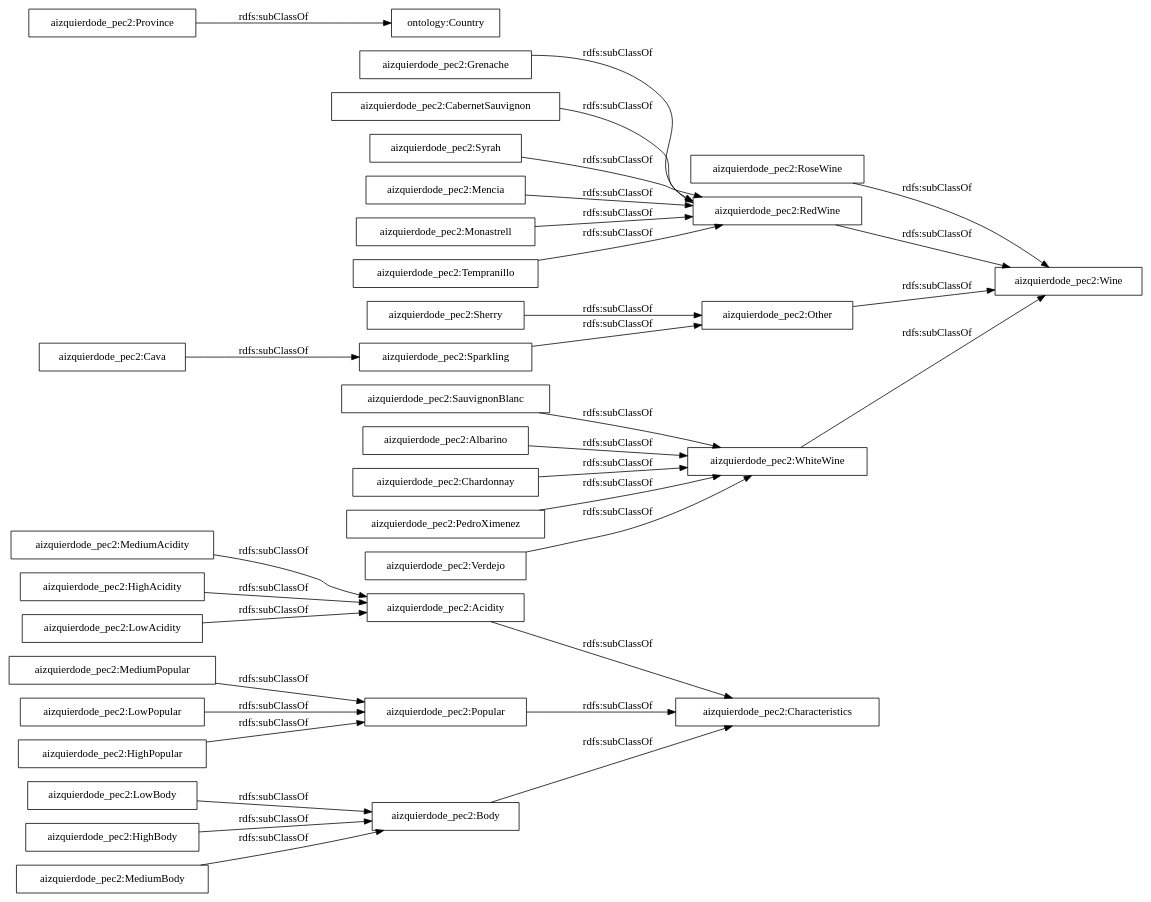
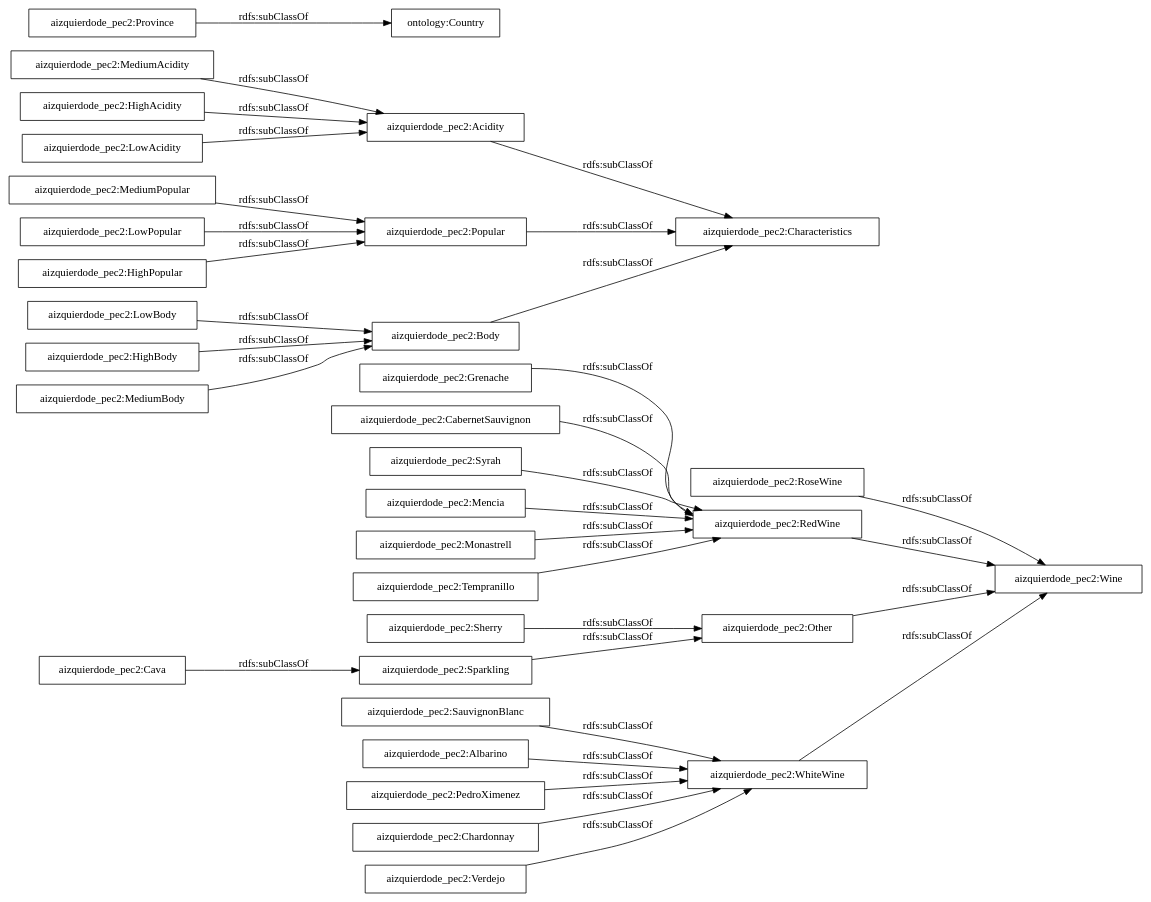
Before and after one commit to aizquierdode/PEC2: the diagram in OnToology/PEC2.rdf/diagrams/ar2dtool-taxonomy/PEC2.rdf.png.dot, drawn with Graphviz. The commit also changed 11 other files, not shown here.

```diff
--- a/OnToology/PEC2.rdf/diagrams/ar2dtool-taxonomy/PEC2.rdf.png.dot
+++ b/OnToology/PEC2.rdf/diagrams/ar2dtool-taxonomy/PEC2.rdf.png.dot
@@ -1,37 +1,37 @@
 digraph ar2dtool_diagram { 
 rankdir=LR;
 size="1000"
-node [shape = rectangle, color="black"]; "aizquierdode_pec2:LowBody" "aizquierdode_pec2:HighBody" "aizquierdode_pec2:RoseWine" "aizquierdode_pec2:Grenache" "aizquierdode_pec2:MediumBody" "aizquierdode_pec2:SauvignonBlanc" "aizquierdode_pec2:Characteristics" "aizquierdode_pec2:Acidity" "aizquierdode_pec2:MediumAcidity" "aizquierdode_pec2:RedWine" "ontology:Country" "aizquierdode_pec2:CabernetSauvignon" "aizquierdode_pec2:Other" "aizquierdode_pec2:Wine" "aizquierdode_pec2:Syrah" "aizquierdode_pec2:MediumPopular" "aizquierdode_pec2:Sherry" "aizquierdode_pec2:Albarino" "aizquierdode_pec2:Province" "aizquierdode_pec2:Chardonnay" "aizquierdode_pec2:PedroXimenez" "aizquierdode_pec2:LowPopular" "aizquierdode_pec2:Body" "aizquierdode_pec2:WhiteWine" "aizquierdode_pec2:Mencia" "aizquierdode_pec2:Popular" "aizquierdode_pec2:HighPopular" "aizquierdode_pec2:HighAcidity" "aizquierdode_pec2:Cava" "aizquierdode_pec2:LowAcidity" "aizquierdode_pec2:Verdejo" "aizquierdode_pec2:Sparkling" "aizquierdode_pec2:Monastrell" "aizquierdode_pec2:Tempranillo" ; /*classes style*/
+node [shape = rectangle, color="black"]; "aizquierdode_pec2:RoseWine" "aizquierdode_pec2:LowBody" "aizquierdode_pec2:HighBody" "aizquierdode_pec2:Grenache" "aizquierdode_pec2:MediumBody" "aizquierdode_pec2:SauvignonBlanc" "aizquierdode_pec2:Characteristics" "aizquierdode_pec2:Acidity" "aizquierdode_pec2:MediumAcidity" "aizquierdode_pec2:RedWine" "ontology:Country" "aizquierdode_pec2:CabernetSauvignon" "aizquierdode_pec2:Other" "aizquierdode_pec2:Wine" "aizquierdode_pec2:Syrah" "aizquierdode_pec2:MediumPopular" "aizquierdode_pec2:Sherry" "aizquierdode_pec2:Albarino" "aizquierdode_pec2:Province" "aizquierdode_pec2:PedroXimenez" "aizquierdode_pec2:Chardonnay" "aizquierdode_pec2:LowPopular" "aizquierdode_pec2:WhiteWine" "aizquierdode_pec2:Body" "aizquierdode_pec2:Mencia" "aizquierdode_pec2:Popular" "aizquierdode_pec2:HighPopular" "aizquierdode_pec2:HighAcidity" "aizquierdode_pec2:Cava" "aizquierdode_pec2:Verdejo" "aizquierdode_pec2:Sparkling" "aizquierdode_pec2:Monastrell" "aizquierdode_pec2:LowAcidity" "aizquierdode_pec2:Tempranillo" ; /*classes style*/
 	"aizquierdode_pec2:HighPopular" -> "aizquierdode_pec2:Popular" [ label = "rdfs:subClassOf" ];
 	"aizquierdode_pec2:Mencia" -> "aizquierdode_pec2:RedWine" [ label = "rdfs:subClassOf" ];
 	"aizquierdode_pec2:LowPopular" -> "aizquierdode_pec2:Popular" [ label = "rdfs:subClassOf" ];
 	"aizquierdode_pec2:WhiteWine" -> "aizquierdode_pec2:Wine" [ label = "rdfs:subClassOf" ];
 	"aizquierdode_pec2:Popular" -> "aizquierdode_pec2:Characteristics" [ label = "rdfs:subClassOf" ];
 	"aizquierdode_pec2:Province" -> "ontology:Country" [ label = "rdfs:subClassOf" ];
 	"aizquierdode_pec2:CabernetSauvignon" -> "aizquierdode_pec2:RedWine" [ label = "rdfs:subClassOf" ];
 	"aizquierdode_pec2:Tempranillo" -> "aizquierdode_pec2:RedWine" [ label = "rdfs:subClassOf" ];
 	"aizquierdode_pec2:Other" -> "aizquierdode_pec2:Wine" [ label = "rdfs:subClassOf" ];
 	"aizquierdode_pec2:MediumBody" -> "aizquierdode_pec2:Body" [ label = "rdfs:subClassOf" ];
 	"aizquierdode_pec2:Verdejo" -> "aizquierdode_pec2:WhiteWine" [ label = "rdfs:subClassOf" ];
 	"aizquierdode_pec2:HighAcidity" -> "aizquierdode_pec2:Acidity" [ label = "rdfs:subClassOf" ];
 	"aizquierdode_pec2:LowAcidity" -> "aizquierdode_pec2:Acidity" [ label = "rdfs:subClassOf" ];
 	"aizquierdode_pec2:Acidity" -> "aizquierdode_pec2:Characteristics" [ label = "rdfs:subClassOf" ];
 	"aizquierdode_pec2:MediumPopular" -> "aizquierdode_pec2:Popular" [ label = "rdfs:subClassOf" ];
 	"aizquierdode_pec2:Cava" -> "aizquierdode_pec2:Sparkling" [ label = "rdfs:subClassOf" ];
 	"aizquierdode_pec2:PedroXimenez" -> "aizquierdode_pec2:WhiteWine" [ label = "rdfs:subClassOf" ];
 	"aizquierdode_pec2:LowBody" -> "aizquierdode_pec2:Body" [ label = "rdfs:subClassOf" ];
 	"aizquierdode_pec2:RoseWine" -> "aizquierdode_pec2:Wine" [ label = "rdfs:subClassOf" ];
 	"aizquierdode_pec2:Sparkling" -> "aizquierdode_pec2:Other" [ label = "rdfs:subClassOf" ];
 	"aizquierdode_pec2:Monastrell" -> "aizquierdode_pec2:RedWine" [ label = "rdfs:subClassOf" ];
 	"aizquierdode_pec2:Chardonnay" -> "aizquierdode_pec2:WhiteWine" [ label = "rdfs:subClassOf" ];
 	"aizquierdode_pec2:RedWine" -> "aizquierdode_pec2:Wine" [ label = "rdfs:subClassOf" ];
 	"aizquierdode_pec2:Body" -> "aizquierdode_pec2:Characteristics" [ label = "rdfs:subClassOf" ];
 	"aizquierdode_pec2:MediumAcidity" -> "aizquierdode_pec2:Acidity" [ label = "rdfs:subClassOf" ];
 	"aizquierdode_pec2:HighBody" -> "aizquierdode_pec2:Body" [ label = "rdfs:subClassOf" ];
 	"aizquierdode_pec2:Albarino" -> "aizquierdode_pec2:WhiteWine" [ label = "rdfs:subClassOf" ];
 	"aizquierdode_pec2:Sherry" -> "aizquierdode_pec2:Other" [ label = "rdfs:subClassOf" ];
 	"aizquierdode_pec2:SauvignonBlanc" -> "aizquierdode_pec2:WhiteWine" [ label = "rdfs:subClassOf" ];
 	"aizquierdode_pec2:Grenache" -> "aizquierdode_pec2:RedWine" [ label = "rdfs:subClassOf" ];
 	"aizquierdode_pec2:Syrah" -> "aizquierdode_pec2:RedWine" [ label = "rdfs:subClassOf" ];
 
 }
```
